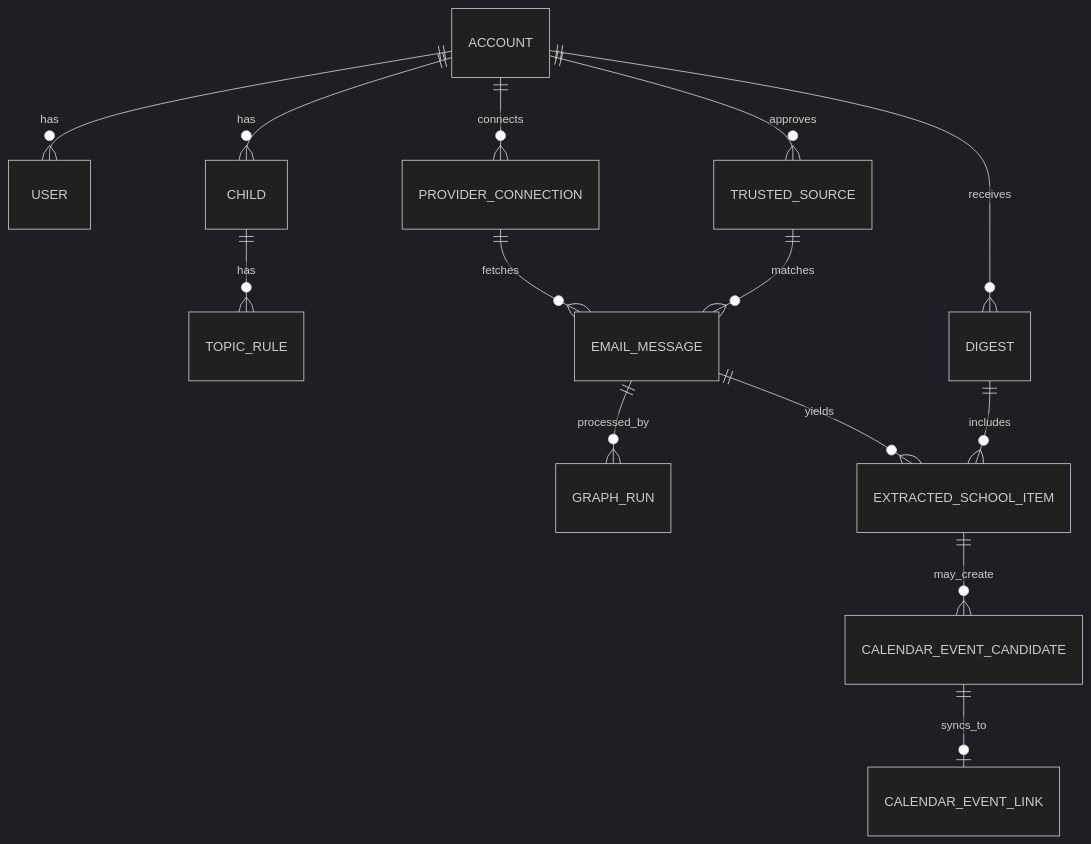
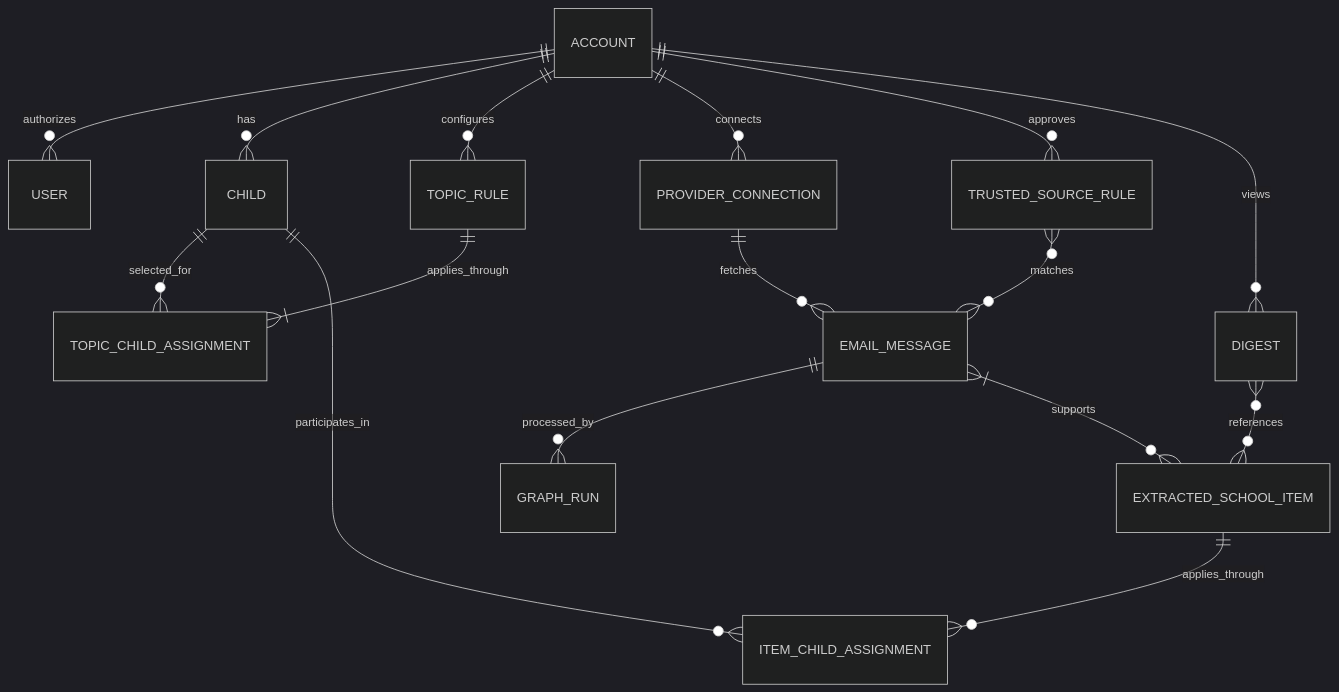
One commit to kid-scheduler/school-email-assistant changed the diagram in docs/data-model.md. Above: the diagram before and after it, drawn with Mermaid (dark theme). The commit also changed other lines of this file and 20 other files, not shown here.

````diff
--- a/docs/data-model.md
+++ b/docs/data-model.md
@@ -205,16 +216,18 @@
 ```mermaid
 erDiagram
-  ACCOUNT ||--o{ USER : has
+  ACCOUNT ||--o{ USER : authorizes
   ACCOUNT ||--o{ CHILD : has
+  ACCOUNT ||--o{ TOPIC_RULE : configures
+  TOPIC_RULE ||--|{ TOPIC_CHILD_ASSIGNMENT : applies_through
+  CHILD ||--o{ TOPIC_CHILD_ASSIGNMENT : selected_for
   ACCOUNT ||--o{ PROVIDER_CONNECTION : connects
-  ACCOUNT ||--o{ TRUSTED_SOURCE : approves
-  CHILD ||--o{ TOPIC_RULE : has
+  ACCOUNT ||--o{ TRUSTED_SOURCE_RULE : approves
   PROVIDER_CONNECTION ||--o{ EMAIL_MESSAGE : fetches
-  TRUSTED_SOURCE ||--o{ EMAIL_MESSAGE : matches
+  TRUSTED_SOURCE_RULE }o--o{ EMAIL_MESSAGE : matches
   EMAIL_MESSAGE ||--o{ GRAPH_RUN : processed_by
-  EMAIL_MESSAGE ||--o{ EXTRACTED_SCHOOL_ITEM : yields
-  EXTRACTED_SCHOOL_ITEM ||--o{ CALENDAR_EVENT_CANDIDATE : may_create
-  CALENDAR_EVENT_CANDIDATE ||--o| CALENDAR_EVENT_LINK : syncs_to
-  ACCOUNT ||--o{ DIGEST : receives
-  DIGEST ||--o{ EXTRACTED_SCHOOL_ITEM : includes
+  EMAIL_MESSAGE }|--o{ EXTRACTED_SCHOOL_ITEM : supports
+  EXTRACTED_SCHOOL_ITEM ||--o{ ITEM_CHILD_ASSIGNMENT : applies_through
+  CHILD ||--o{ ITEM_CHILD_ASSIGNMENT : participates_in
+  ACCOUNT ||--o{ DIGEST : views
+  DIGEST }o--o{ EXTRACTED_SCHOOL_ITEM : references
 ```
````
